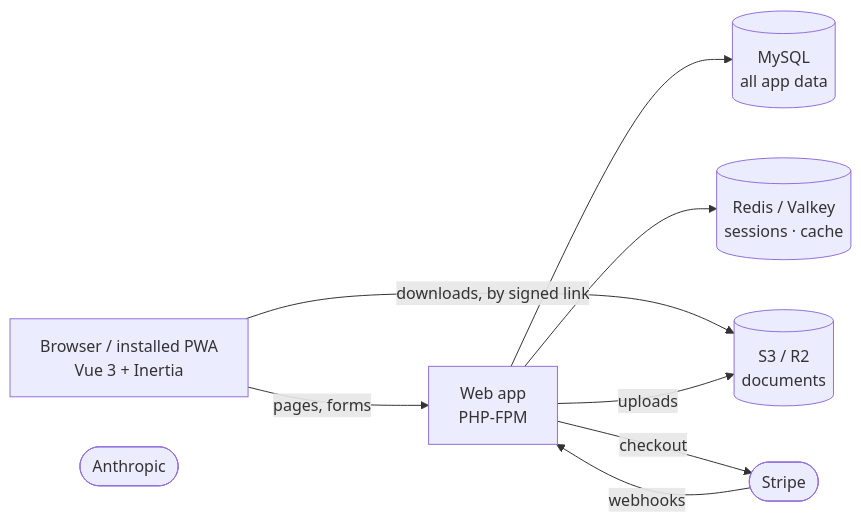
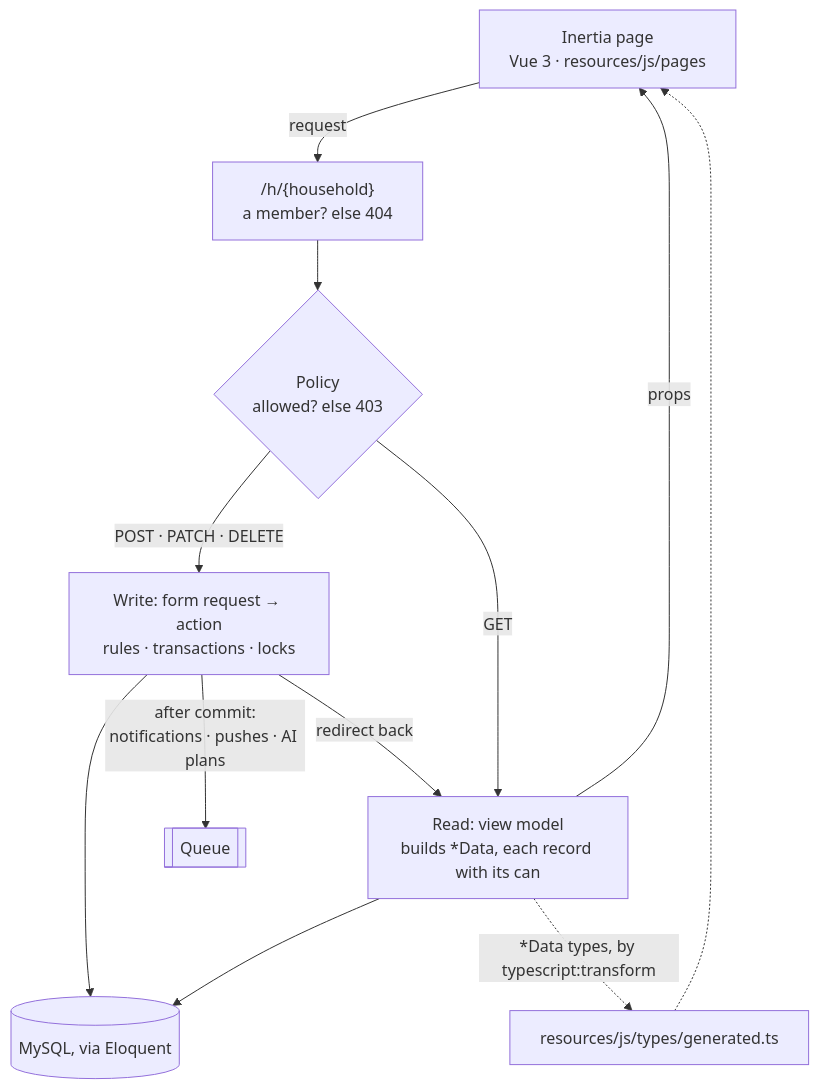
The first of 3 diagrams in README.md (owensanders/ryh), drawn with Mermaid before and after one commit. The commit also changed other lines of this file, not shown here.

First line of the commit message:
Bring the README's architecture up to date, and keep it short

````diff
--- a/README.md
+++ b/README.md
@@ -159,18 +167,22 @@
 ```mermaid
-flowchart LR
-    browser["Browser / installed PWA<br/>Vue 3 + Inertia"]
-    web["Web app<br/>PHP-FPM"]
-    mysql[("MySQL<br/>all app data")]
-    redis[("Redis / Valkey<br/>sessions · cache")]
-    s3[("S3 / R2<br/>documents")]
-    stripe(["Stripe"])
-    anthropic(["Anthropic"])
+flowchart TD
+    page["Inertia page<br/>Vue 3 · resources/js/pages"]
+    route["/h/{household}<br/>a member? else 404"]
+    policy{"Policy<br/>allowed? else 403"}
+    action["Write: form request → action<br/>rules · transactions · locks"]
+    viewmodel["Read: view model<br/>builds *Data, each record with its can"]
+    db[("MySQL, via Eloquent")]
+    queue[["Queue"]]
+    types["resources/js/types/generated.ts"]
 
-    browser -->|"pages, forms"| web
-    browser -->|"downloads, by signed link"| s3
-    web --> mysql
-    web --> redis
-    web -->|"uploads"| s3
-    web -->|"checkout"| stripe
-    stripe -->|"webhooks"| web
+    page -->|"request"| route --> policy
+    policy -->|"POST · PATCH · DELETE"| action
+    policy -->|"GET"| viewmodel
+    action --> db
+    viewmodel --> db
+    action -->|"after commit:<br/>notifications · pushes · AI plans"| queue
+    action -->|"redirect back"| viewmodel
+    viewmodel -->|"props"| page
+    viewmodel -.->|"*Data types, by typescript:transform"| types
+    types -.-> page
 ```
````
